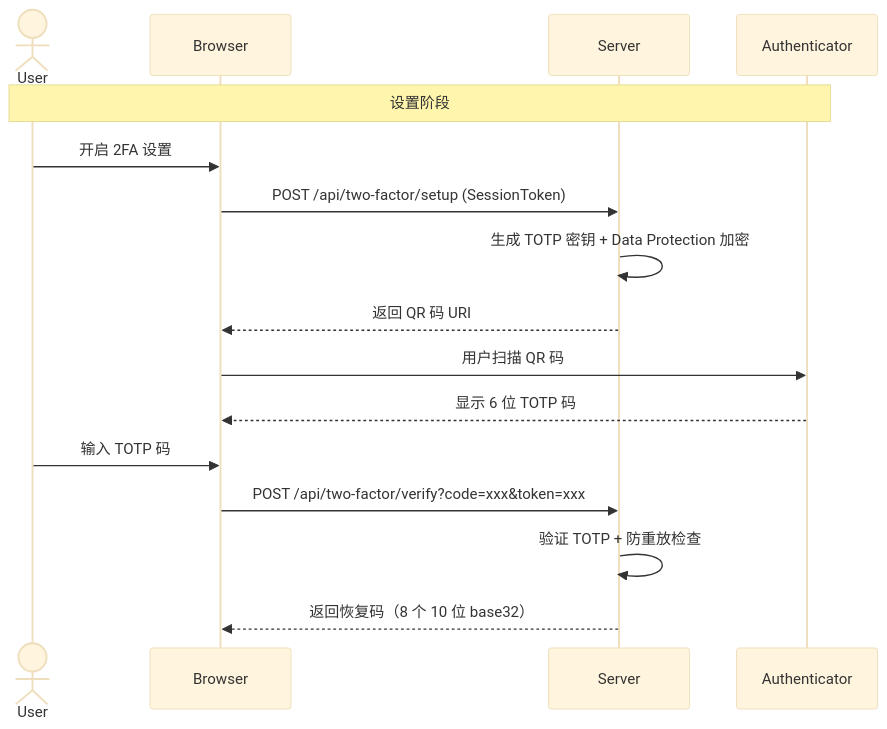
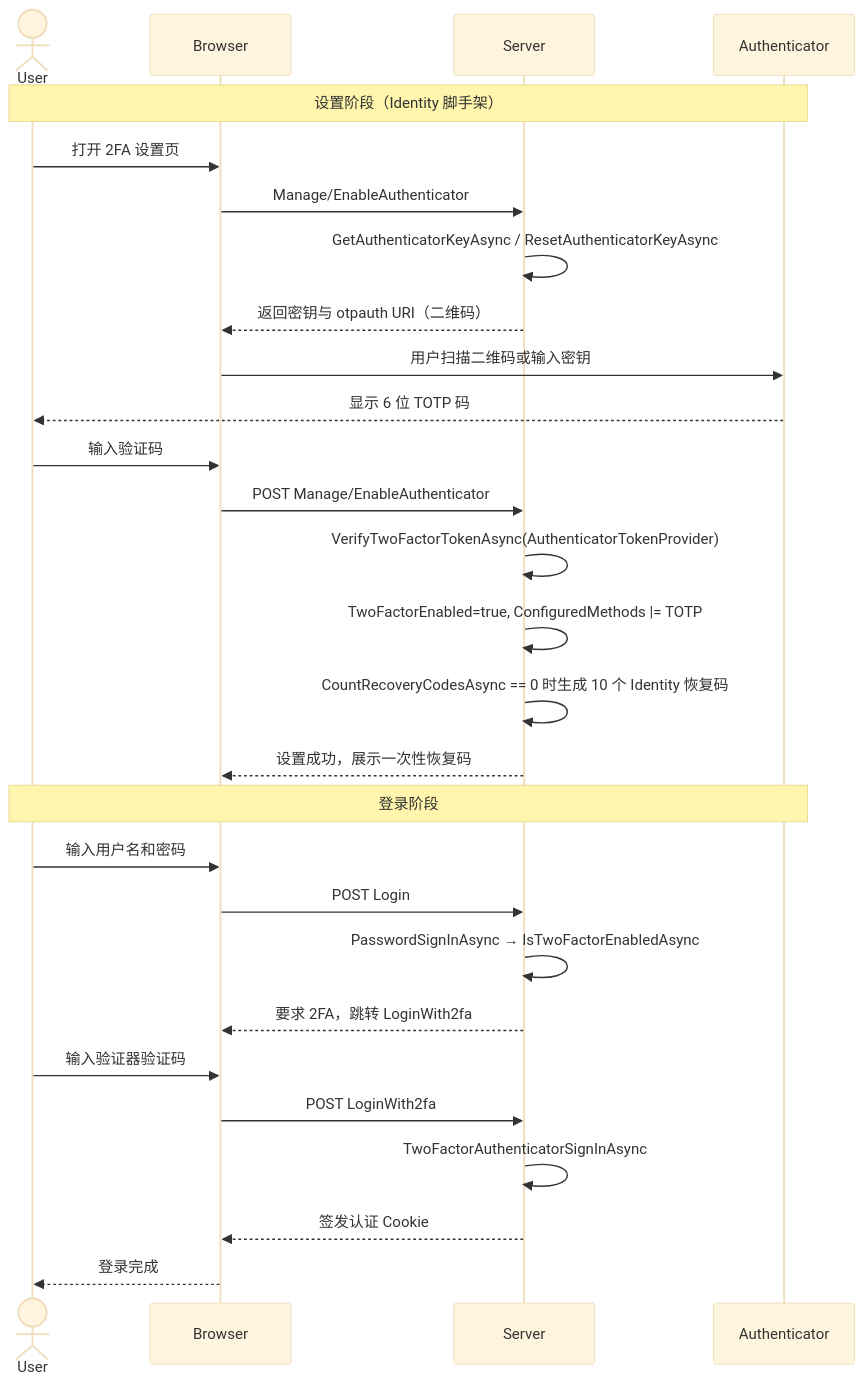
One commit to elvisw/BoxWise changed the diagram in docs/auth-security.md. Above: the diagram before and after it, drawn with Mermaid (base theme). The commit also changed other lines of this file and 1 other file, not shown here.

Commit message:
docs: replace retired 2FA flow with Identity implementation

````diff
--- a/docs/auth-security.md
+++ b/docs/auth-security.md
@@ -102,19 +102,32 @@
 ```mermaid
 sequenceDiagram
     actor User
     participant Browser
     participant Server
     participant Authenticator
 
-    Note over User, Authenticator: 设置阶段
-    User->>Browser: 开启 2FA 设置
-    Browser->>Server: POST /api/two-factor/setup (SessionToken)
-    Server->>Server: 生成 TOTP 密钥 + Data Protection 加密
-    Server-->>Browser: 返回 QR 码 URI
-    Browser->>Authenticator: 用户扫描 QR 码
-    Authenticator-->>Browser: 显示 6 位 TOTP 码
-    User->>Browser: 输入 TOTP 码
-    Browser->>Server: POST /api/two-factor/verify?code=xxx&token=xxx
-    Server->>Server: 验证 TOTP + 防重放检查
-    Server-->>Browser: 返回恢复码（8 个 10 位 base32）
+    Note over User, Authenticator: 设置阶段（Identity 脚手架）
+    User->>Browser: 打开 2FA 设置页
+    Browser->>Server: Manage/EnableAuthenticator
+    Server->>Server: GetAuthenticatorKeyAsync / ResetAuthenticatorKeyAsync
+    Server-->>Browser: 返回密钥与 otpauth URI（二维码）
+    Browser->>Authenticator: 用户扫描二维码或输入密钥
+    Authenticator-->>User: 显示 6 位 TOTP 码
+    User->>Browser: 输入验证码
+    Browser->>Server: POST Manage/EnableAuthenticator
+    Server->>Server: VerifyTwoFactorTokenAsync(AuthenticatorTokenProvider)
+    Server->>Server: TwoFactorEnabled=true, ConfiguredMethods |= TOTP
+    Server->>Server: CountRecoveryCodesAsync == 0 时生成 10 个 Identity 恢复码
+    Server-->>Browser: 设置成功，展示一次性恢复码
+
+    Note over User, Authenticator: 登录阶段
+    User->>Browser: 输入用户名和密码
+    Browser->>Server: POST Login
+    Server->>Server: PasswordSignInAsync → IsTwoFactorEnabledAsync
+    Server-->>Browser: 要求 2FA，跳转 LoginWith2fa
+    User->>Browser: 输入验证器验证码
+    Browser->>Server: POST LoginWith2fa
+    Server->>Server: TwoFactorAuthenticatorSignInAsync
+    Server-->>Browser: 签发认证 Cookie
+    Browser-->>User: 登录完成
 ```
````
